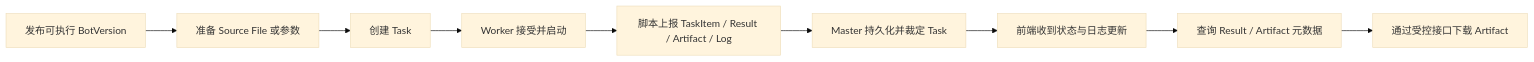
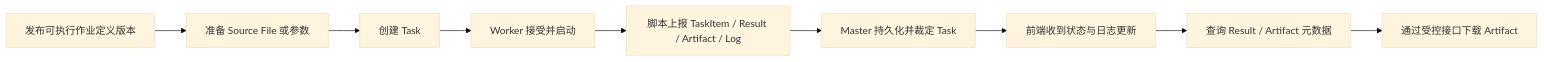
Before and after one commit to ForbiddenR/static-ui: the seventh of 7 diagrams in docs/流程图与讨论材料.md, drawn with Mermaid (base theme). The commit also changed other lines of this file and 42 other files, not shown here.

````diff
--- a/docs/流程图与讨论材料.md
+++ b/docs/流程图与讨论材料.md
@@ -199,11 +199,11 @@
 ```mermaid
 flowchart LR
-    A[发布可执行 BotVersion] --> B[准备 Source File 或参数]
+    A[发布可执行作业定义版本] --> B[准备 Source File 或参数]
     B --> C[创建 Task]
     C --> D[Worker 接受并启动]
     D --> E[脚本上报 TaskItem / Result / Artifact / Log]
     E --> F[Master 持久化并裁定 Task]
     F --> G[前端收到状态与日志更新]
     G --> H[查询 Result / Artifact 元数据]
     H --> I[通过受控接口下载 Artifact]
 ```
````
